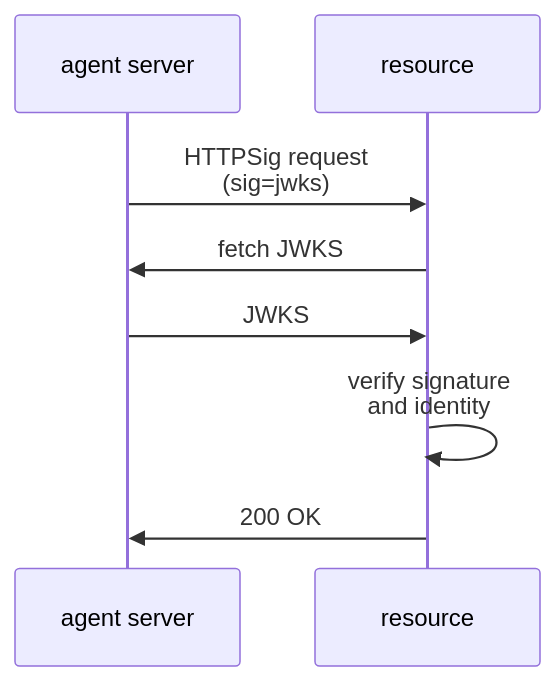
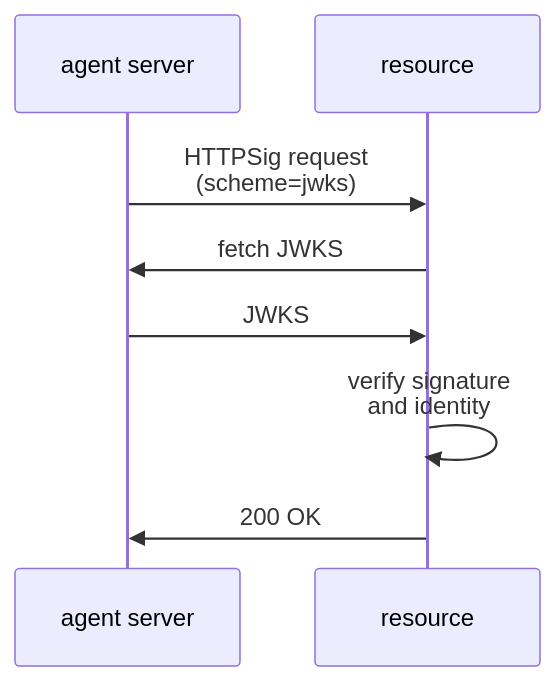
One commit to dickhardt/agent-auth changed the second of 10 diagrams in README.md. Above: the diagram before and after it, drawn with Mermaid. The commit also changed other lines of this file, not shown here.

First line of the commit message:
Update mermaid diagrams and prose to use scheme= consistently

````diff
--- a/README.md
+++ b/README.md
@@ -202,11 +202,11 @@
 ```mermaid
 sequenceDiagram
     participant Agent as agent server
     participant Resource as resource
 
-    Agent->>Resource: HTTPSig request<br/>(sig=jwks)
+    Agent->>Resource: HTTPSig request<br/>(scheme=jwks)
     Resource->>Agent: fetch JWKS
     Agent->>Resource: JWKS
     Resource->>Resource: verify signature<br/>and identity
     Resource->>Agent: 200 OK
 ```
````
